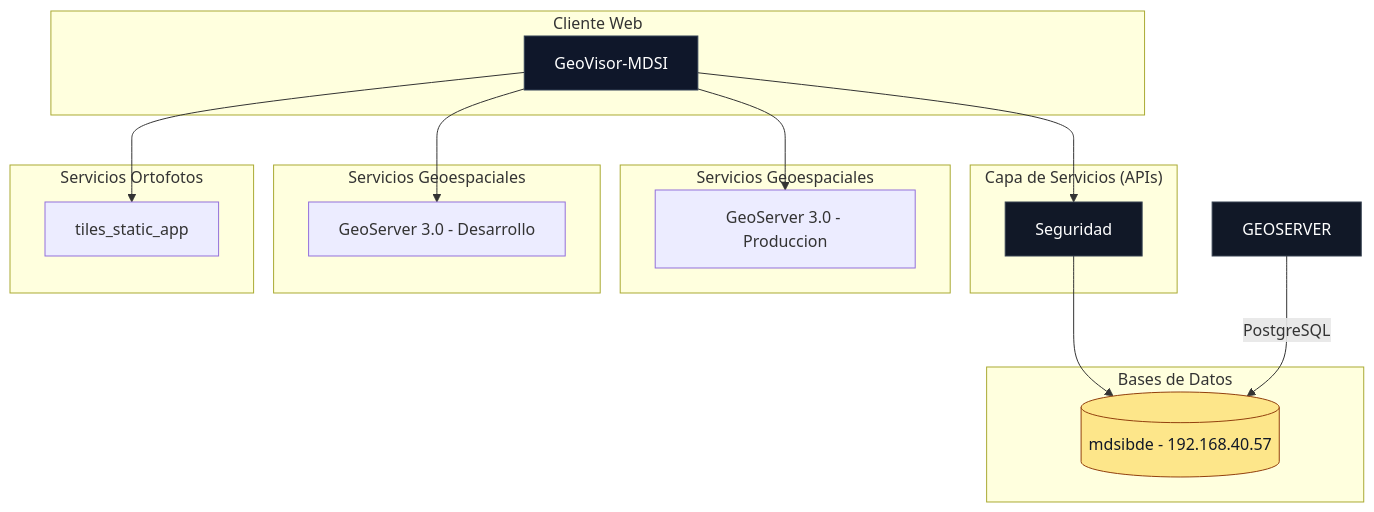
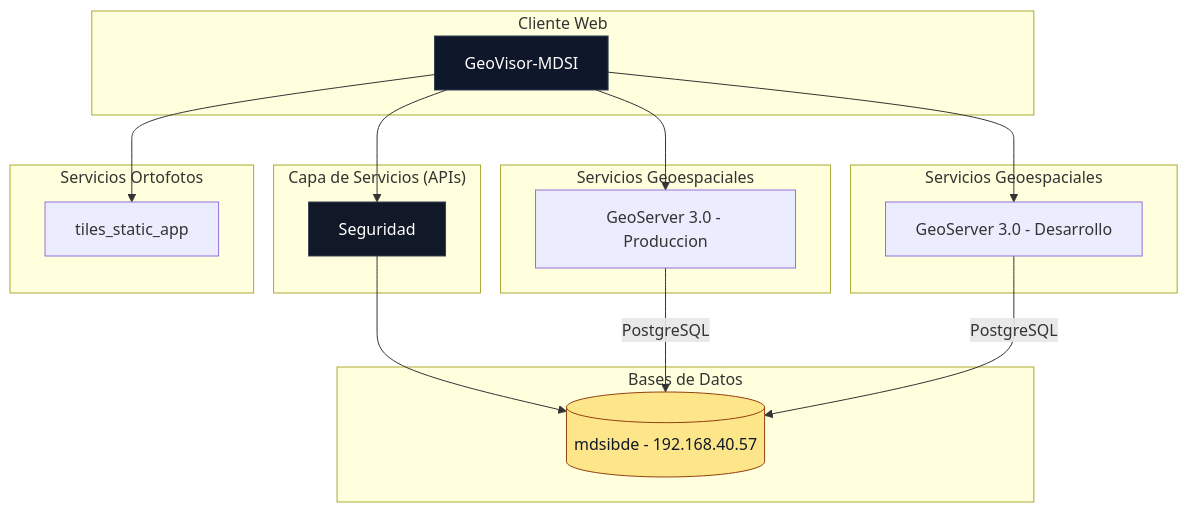
The diagram in README.md (mdsigeovisor/geovisormdsi), drawn with Mermaid before and after one commit.

````diff
--- a/README.md
+++ b/README.md
@@ -3,53 +3,54 @@
 ```mermaid
 graph TB
   %% =========================
   %% COMPONENTES
   %% =========================
   subgraph "Cliente Web"
     FRONT[GeoVisor-MDSI]
   end
 
   subgraph "Capa de Servicios (APIs)"
     AUTH[Seguridad]
   end
 
   subgraph "Bases de Datos"
     DB1[(mdsibde - 192.168.40.57)]
   end
   
   subgraph "Servicios Geoespaciales"
     GEOSERVER_PROD[GeoServer 3.0 - Produccion]
   end
 
   subgraph "Servicios Geoespaciales"
     GEOSERVER_DEV[GeoServer 3.0 - Desarrollo]
   end
 
   subgraph "Servicios Ortofotos"
     ORTOFOTOS[tiles_static_app]
   end
 
   %% =========================
   %% RELACIONES
   %% =========================
   FRONT --> AUTH
   FRONT --> GEOSERVER_PROD
   FRONT --> GEOSERVER_DEV
   FRONT --> ORTOFOTOS
   
 
 
   AUTH --> DB1
-  GEOSERVER -- "PostgreSQL" --> DB1
+  GEOSERVER_PROD -- "PostgreSQL" --> DB1
+  GEOSERVER_DEV -- "PostgreSQL" --> DB1
 
   %% =========================
   %% ESTILOS
   %% =========================
   classDef front fill:#0f172a,stroke:#334155,stroke-width:1px,color:#fff;
   classDef service fill:#111827,stroke:#374151,stroke-width:1px,color:#fff;
   classDef db fill:#fde68a,stroke:#92400e,stroke-width:1px,color:#111827;
 
   class FRONT front;
   class AUTH,GEOSERVER service;
   class DB1 db;
 ```
````
